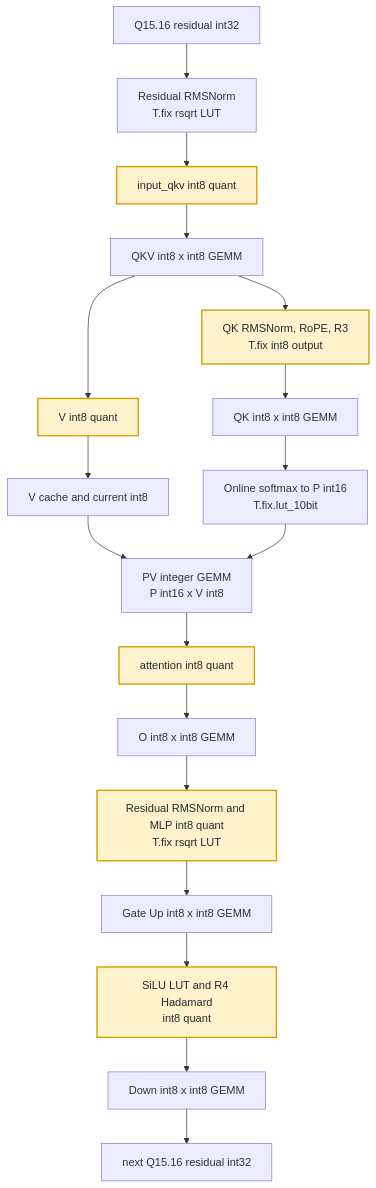
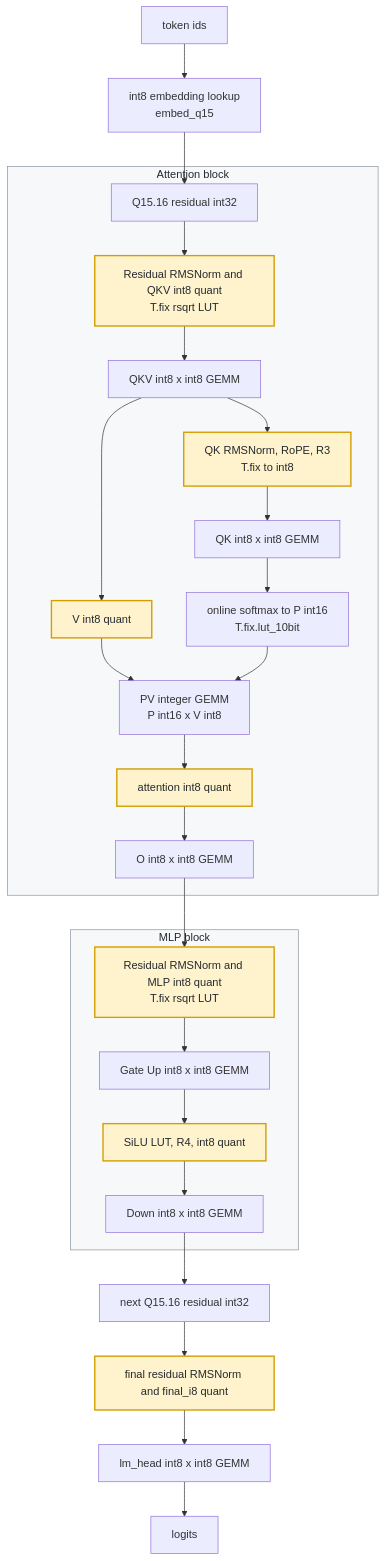
The second of 2 diagrams in examples/qwen3_int_only/README.md (54limiao/tilelang), drawn with Mermaid before and after one commit. The commit also changed other lines of this file and 2 other files, not shown here.

Commit message:
Document qwen int8 flow and simplify hidden path

````diff
--- a/examples/qwen3_int_only/README.md
+++ b/examples/qwen3_int_only/README.md
@@ -65,22 +78,34 @@
 ```mermaid
 flowchart TD
-  A["Q15.16 residual int32"] --> B["Residual RMSNorm<br/>T.fix rsqrt LUT"]
-  B --> C["input_qkv int8 quant"]
-  C --> D["QKV int8 x int8 GEMM"]
-  D --> E["QK RMSNorm, RoPE, R3<br/>T.fix int8 output"]
-  D --> F["V int8 quant"]
-  F --> G["V cache and current int8"]
-  E --> H["QK int8 x int8 GEMM"]
-  H --> I["Online softmax to P int16<br/>T.fix.lut_10bit"]
-  G --> K["PV integer GEMM<br/>P int16 x V int8"]
-  I --> K
-  K --> L["attention int8 quant"]
-  L --> M["O int8 x int8 GEMM"]
-  M --> N["Residual RMSNorm and MLP int8 quant<br/>T.fix rsqrt LUT"]
-  N --> O["Gate Up int8 x int8 GEMM"]
-  O --> P["SiLU LUT and R4 Hadamard<br/>int8 quant"]
-  P --> Q["Down int8 x int8 GEMM"]
-  Q --> R["next Q15.16 residual int32"]
-  class C,E,F,L,N,P quant;
+  TOK["token ids"] --> EMB["int8 embedding lookup<br/>embed_q15"]
+  EMB --> RES0["Q15.16 residual int32"]
+
+  subgraph ATTN["Attention block"]
+    RES0 --> A_RMS["Residual RMSNorm and QKV int8 quant<br/>T.fix rsqrt LUT"]
+    A_RMS --> QKV["QKV int8 x int8 GEMM"]
+    QKV --> QKPRE["QK RMSNorm, RoPE, R3<br/>T.fix to int8"]
+    QKV --> VQ["V int8 quant"]
+    QKPRE --> QK["QK int8 x int8 GEMM"]
+    QK --> SM["online softmax to P int16<br/>T.fix.lut_10bit"]
+    VQ --> PV["PV integer GEMM<br/>P int16 x V int8"]
+    SM --> PV
+    PV --> AQ["attention int8 quant"]
+    AQ --> OPROJ["O int8 x int8 GEMM"]
+  end
+
+  subgraph MLP["MLP block"]
+    OPROJ --> M_RMS["Residual RMSNorm and MLP int8 quant<br/>T.fix rsqrt LUT"]
+    M_RMS --> GU["Gate Up int8 x int8 GEMM"]
+    GU --> ACT["SiLU LUT, R4, int8 quant"]
+    ACT --> DOWN["Down int8 x int8 GEMM"]
+  end
+
+  DOWN --> RES1["next Q15.16 residual int32"]
+  RES1 --> FINAL["final residual RMSNorm and final_i8 quant"]
+  FINAL --> HEAD["lm_head int8 x int8 GEMM"]
+  HEAD --> LOGITS["logits"]
+  class A_RMS,QKPRE,VQ,AQ,M_RMS,ACT,FINAL quant;
+  style ATTN fill:#f6f8fa,stroke:#8c959f,stroke-width:1px,color:#24292f
+  style MLP fill:#f6f8fa,stroke:#8c959f,stroke-width:1px,color:#24292f
   classDef quant fill:#fff3cd,stroke:#d39e00,stroke-width:2px,color:#24292f;
 ```
````
